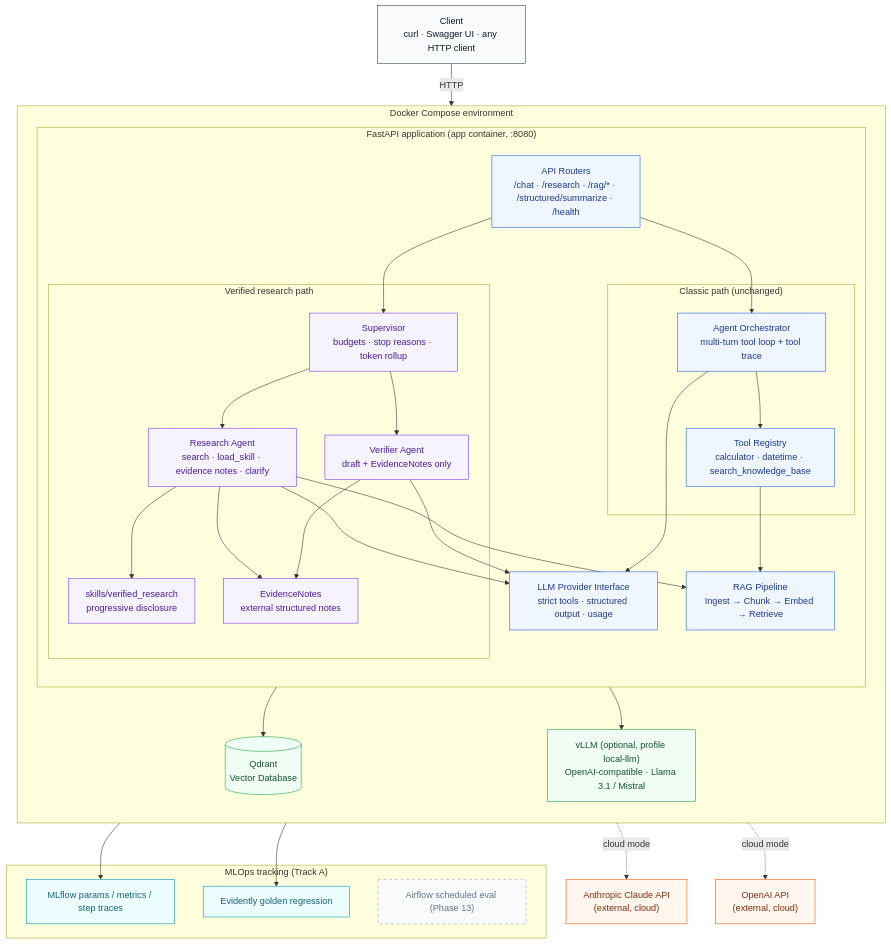
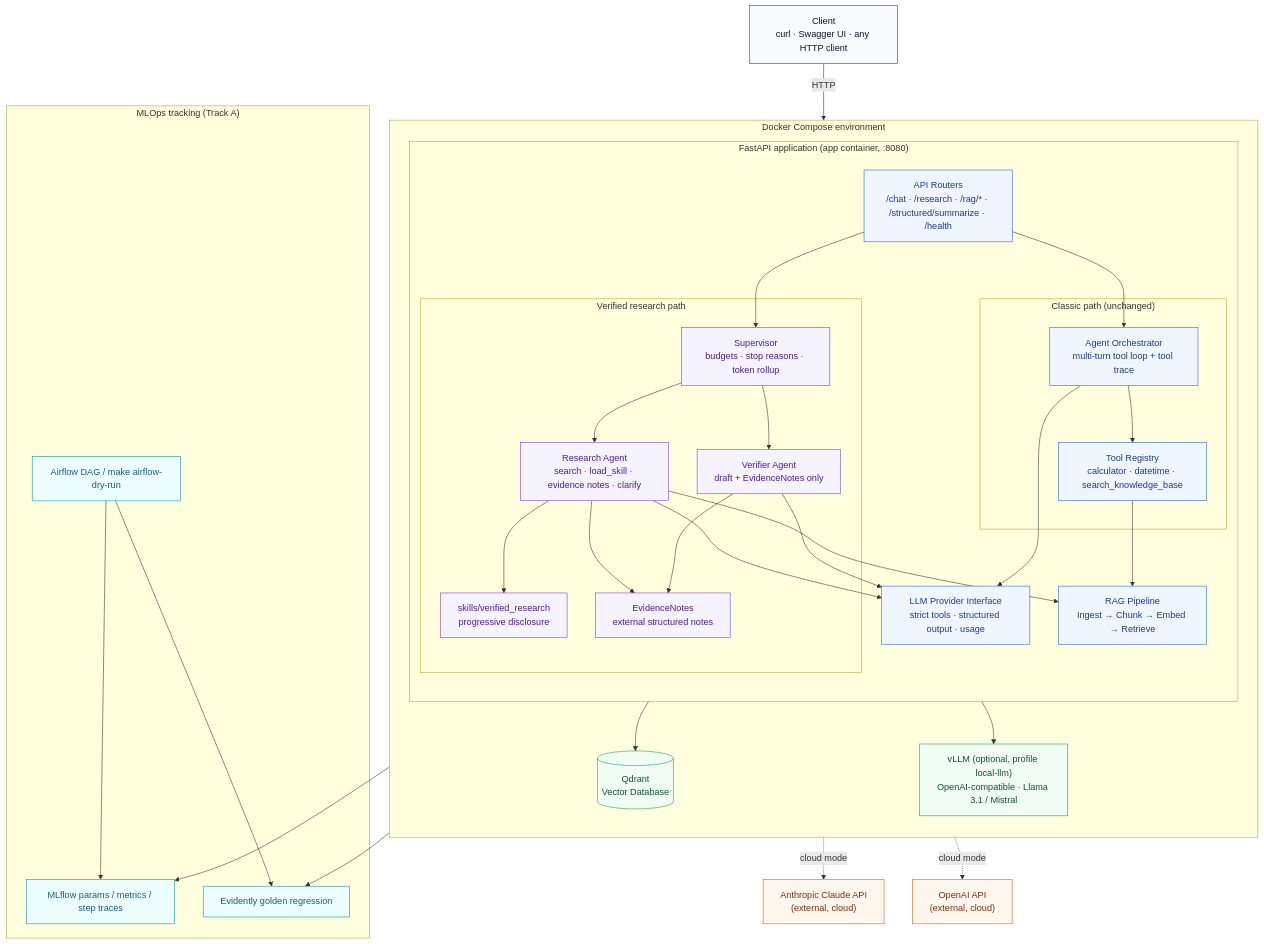
The diagram in README.md (clerisy47/AI-Assistant), drawn with Mermaid before and after one commit. The commit also changed other lines of this file and 12 other files, not shown here.

First line of the commit message:
feat(mlops): add Airflow scheduled regression DAG and dry-run

````diff
--- a/README.md
+++ b/README.md
@@ -27,81 +27,81 @@
 ```mermaid
 flowchart TB
     Client["Client<br/>curl · Swagger UI · any HTTP client"]
 
     subgraph Compose["Docker Compose environment"]
         direction TB
 
         subgraph FastAPIApp["FastAPI application (app container, :8080)"]
             direction TB
             Routers["API Routers<br/>/chat · /research · /rag/* · /structured/summarize · /health"]
 
             subgraph Classic["Classic path (unchanged)"]
                 Orchestrator["Agent Orchestrator<br/>multi-turn tool loop + tool trace"]
                 ChatTools["Tool Registry<br/>calculator · datetime · search_knowledge_base"]
             end
 
             subgraph ResearchPath["Verified research path"]
                 Supervisor["Supervisor<br/>budgets · stop reasons · token rollup"]
                 Research["Research Agent<br/>search · load_skill · evidence notes · clarify"]
                 Verifier["Verifier Agent<br/>draft + EvidenceNotes only"]
                 Skill["skills/verified_research<br/>progressive disclosure"]
                 Notes["EvidenceNotes<br/>external structured notes"]
             end
 
             LLMIface["LLM Provider Interface<br/>strict tools · structured output · usage"]
             RAG["RAG Pipeline<br/>Ingest → Chunk → Embed → Retrieve"]
 
             Routers --> Orchestrator
             Routers --> Supervisor
             Orchestrator --> ChatTools
             Orchestrator --> LLMIface
             ChatTools --> RAG
 
             Supervisor --> Research
             Supervisor --> Verifier
             Research --> Skill
             Research --> Notes
             Verifier --> Notes
             Research --> LLMIface
             Verifier --> LLMIface
             Research --> RAG
         end
 
         Qdrant[("Qdrant<br/>Vector Database")]
         VLLM["vLLM (optional, profile local-llm)<br/>OpenAI-compatible · Llama 3.1 / Mistral"]
 
         RAG --> Qdrant
         LLMIface --> VLLM
     end
 
     Anthropic["Anthropic Claude API<br/>(external, cloud)"]
     OpenAI["OpenAI API<br/>(external, cloud)"]
 
     subgraph MLOpsTrack["MLOps tracking (Track A)"]
         MLflowBox["MLflow params / metrics / step traces"]
         EvidentlyBox["Evidently golden regression"]
-        AirflowStub["Airflow scheduled eval (Phase 13)"]
+        AirflowBox["Airflow DAG / make airflow-dry-run"]
     end
 
     Client -- HTTP --> Routers
     LLMIface -. cloud mode .-> Anthropic
     LLMIface -. cloud mode .-> OpenAI
     Supervisor --> MLflowBox
     Supervisor --> EvidentlyBox
+    AirflowBox --> EvidentlyBox
+    AirflowBox --> MLflowBox
 
     classDef app fill:#eff6ff,stroke:#2563eb,color:#1e3a8a;
     classDef container fill:#f0fdf4,stroke:#16a34a,color:#14532d;
     classDef cloud fill:#fff7ed,stroke:#ea580c,color:#7c2d12;
     classDef client fill:#f8fafc,stroke:#334155,color:#0f172a;
     classDef research fill:#f5f3ff,stroke:#7c3aed,color:#4c1d95;
-    classDef stub fill:#f8fafc,stroke:#94a3b8,color:#64748b,stroke-dasharray: 5 5;
     classDef mlops fill:#ecfeff,stroke:#0891b2,color:#155e75;
 
     class Client client;
     class Routers,Orchestrator,ChatTools,LLMIface,RAG app;
     class Supervisor,Research,Verifier,Skill,Notes research;
     class Qdrant,VLLM container;
     class Anthropic,OpenAI cloud;
-    class MLflowBox,EvidentlyBox mlops;
-    class AirflowStub stub;
+    class MLflowBox,EvidentlyBox,AirflowBox mlops;
 ```
````
